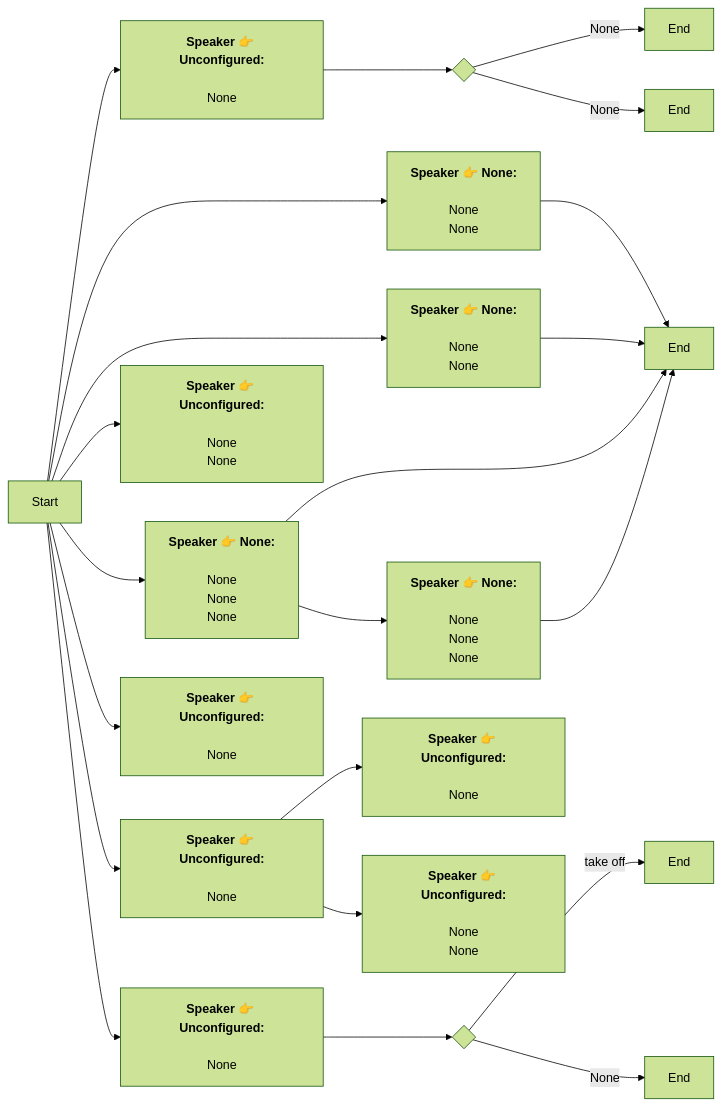
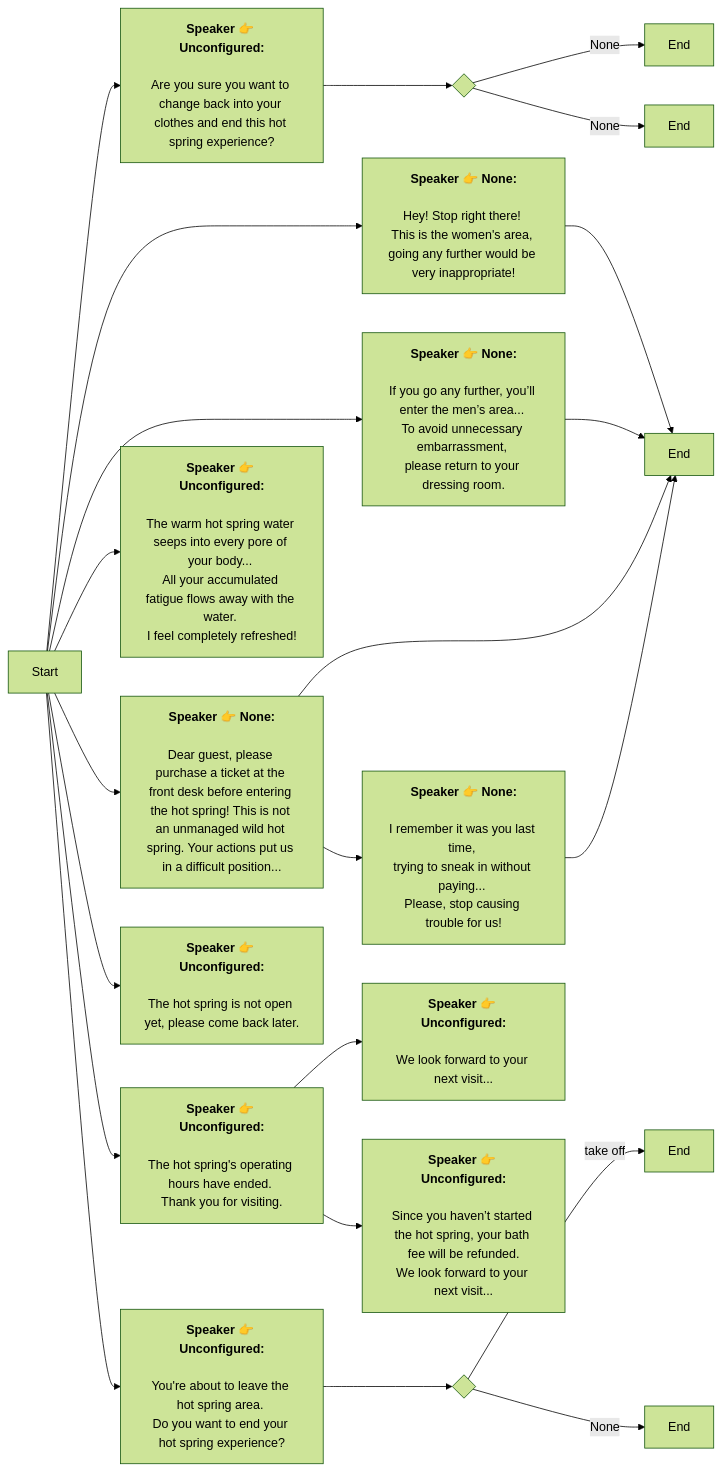
One commit to SoftHu/tos_avg changed the diagram in En/HotSpringTip.md. Above: the diagram before and after it, drawn with Mermaid (forest theme). The commit also changed 228 other files, not shown here.

````diff
--- a/En/HotSpringTip.md
+++ b/En/HotSpringTip.md
@@ -1,55 +1,58 @@
 ```mermaid
 graph LR
 Start -->1766836454846372[<b>Speaker 👉 Unconfigured:</b>
 
-None]
+Are you sure you want to change back into your clothes and end this hot spring experience?]
 1766836454846372 -->1766836545220517{ }
 1766836545220517 -->|None|1766836562522026[End]
 1766836545220517 -->|None|1766836566630315[End]
 Start -->1766852287585140[<b>Speaker 👉 None:</b>
 
-None
-None]
+Hey! Stop right there! 
+This is the women's area, 
+going any further would be very inappropriate!]
 1766852287585140 -->1766852287585141[End]
 Start -->1766852287586167[<b>Speaker 👉 None:</b>
 
-None
-None]
+If you go any further, you’ll enter the men’s area... 
+To avoid unnecessary embarrassment, 
+please return to your dressing room.]
 1766852287586167 -->1766852287585141[End]
 Start -->1766852287587193[<b>Speaker 👉 None:</b>
 
-None
-None
-None]
+Dear guest, please purchase a ticket at the front desk before entering the hot spring! This is not an unmanaged wild hot spring. Your actions put us in a difficult position...]
 1766852287587193 -->1766852287585141[End]
 1766852287587193 -->1767554932649846[<b>Speaker 👉 None:</b>
 
-None
-None
-None]
+I remember it was you last time, 
+trying to sneak in without paying... 
+Please, stop causing trouble for us!]
 1767554932649846 -->1766852287585141[End]
 Start -->1766918374598516[<b>Speaker 👉 Unconfigured:</b>
 
-None]
+You're about to leave the hot spring area. 
+Do you want to end your hot spring experience?]
 1766918374598516 -->1766918444977013{ }
 1766918444977013 -->|take off|1766918461645690[End]
 1766918444977013 -->|None|1766918461645691[End]
 Start -->1767362903380854[<b>Speaker 👉 Unconfigured:</b>
 
-None
-None]
+The warm hot spring water seeps into every pore of your body... 
+All your accumulated fatigue flows away with the water. 
+I feel completely refreshed!]
 Start -->1767390022138742[<b>Speaker 👉 Unconfigured:</b>
 
-None]
+The hot spring's operating hours have ended. 
+Thank you for visiting.]
 1767390022138742 -->1767393921749878[<b>Speaker 👉 Unconfigured:</b>
 
-None]
+We look forward to your next visit...]
 1767390022138742 -->1767393960097655[<b>Speaker 👉 Unconfigured:</b>
 
-None
-None]
+Since you haven’t started the hot spring, your bath fee will be refunded.
+We look forward to your next visit...]
 Start -->1767391865579382[<b>Speaker 👉 Unconfigured:</b>
 
-None]
+The hot spring is not open yet, please come back later.]
 
  ```
````
